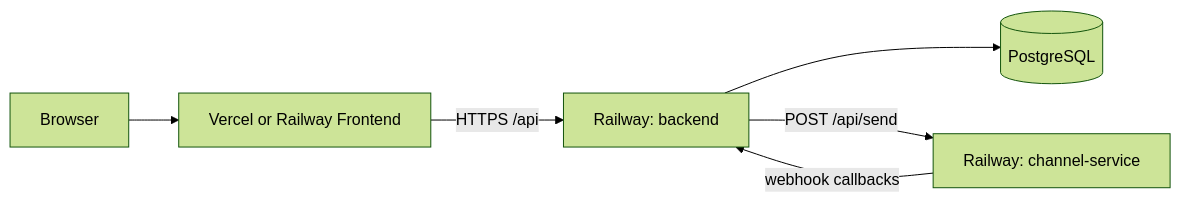
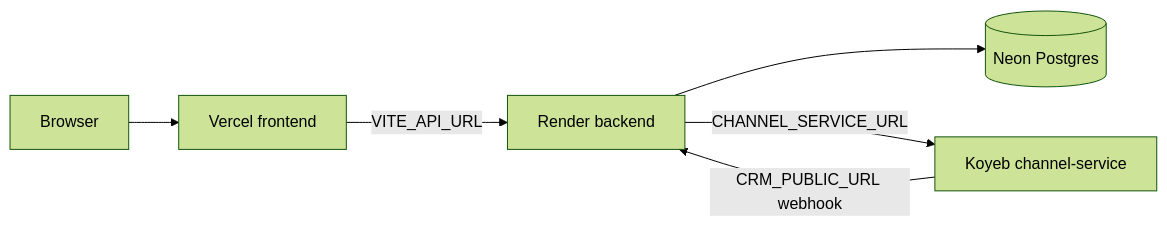
One commit to suren-4/xenomini-crm changed the diagram in DEPLOYMENT.md. Above: the diagram before and after it, drawn with Mermaid (forest theme). The commit also changed other lines of this file and 8 other files, not shown here.

First line of the commit message:
Switch to PostgreSQL and polish repo for production deploy.

````diff
--- a/DEPLOYMENT.md
+++ b/DEPLOYMENT.md
@@ -46,8 +12,8 @@
 ```mermaid
 flowchart LR
-  User[Browser] --> FE[Vercel or Railway Frontend]
-  FE -->|HTTPS /api| CRM[Railway: backend]
-  CRM --> DB[(PostgreSQL)]
-  CRM -->|POST /api/send| CH[Railway: channel-service]
-  CH -->|webhook callbacks| CRM
+  User[Browser] --> FE[Vercel frontend]
+  FE -->|VITE_API_URL| BE[Render backend]
+  BE --> DB[(Neon Postgres)]
+  BE -->|CHANNEL_SERVICE_URL| CH[Koyeb channel-service]
+  CH -->|CRM_PUBLIC_URL webhook| BE
 ```
````
